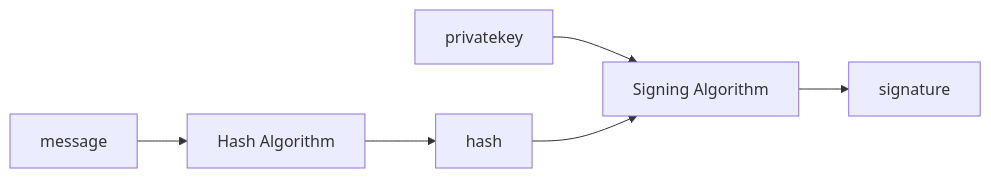
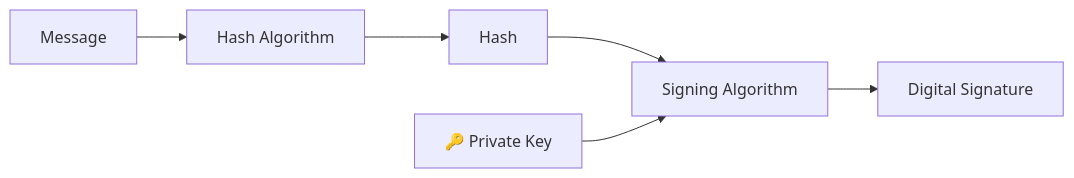
Before and after one commit to namaewafaisal/Obsidian_Vault: the fifth of 12 diagrams in CyberSecurity CS50.md, drawn with Mermaid. The commit also changed other lines of this file, not shown here.

````diff
--- a/CyberSecurity CS50.md
+++ b/CyberSecurity CS50.md
@@ -675,8 +327,8 @@
 ```mermaid
 graph LR
-message --> A[Hash Algorithm]
-A --> hash
-privatekey --> B[Signing Algorithm]
-hash --> B
-B --> signature
+    M[Message] --> H[Hash Algorithm]
+    H --> hash[Hash]
+    hash --> S[Signing Algorithm]
+    PK[🔑 Private Key] --> S
+    S --> sig[Digital Signature]
 ```
````
